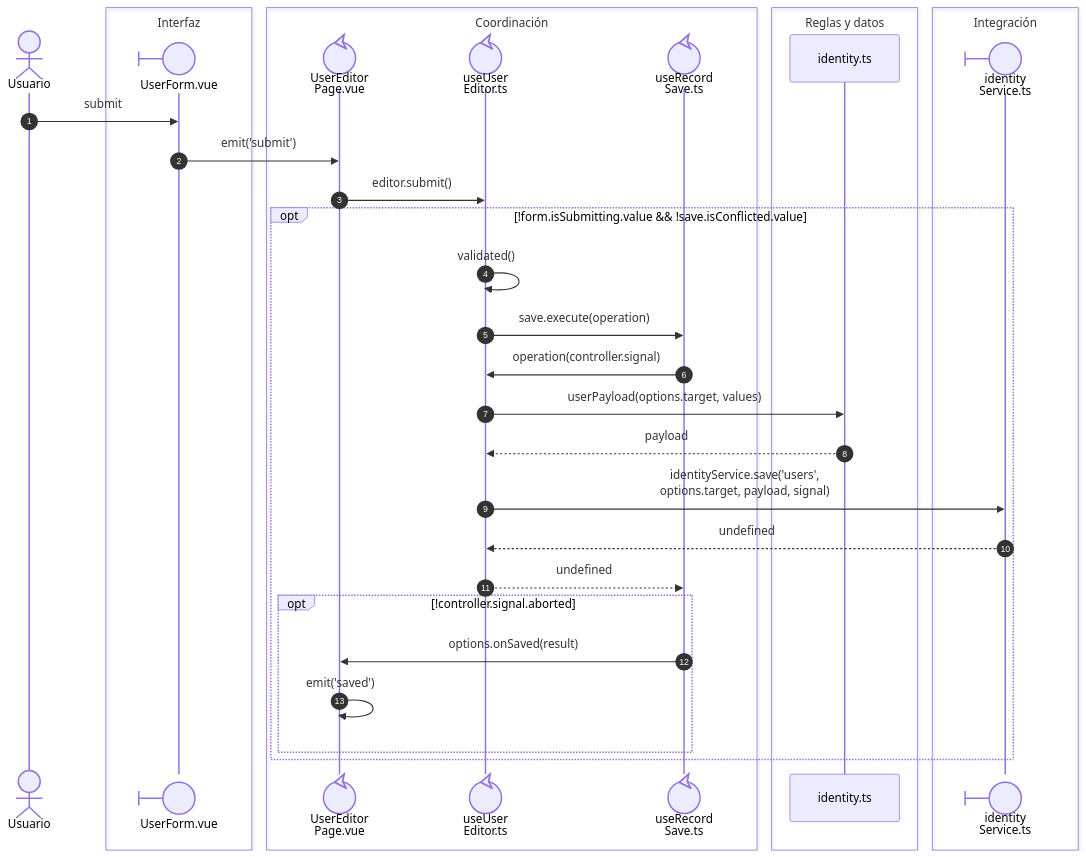
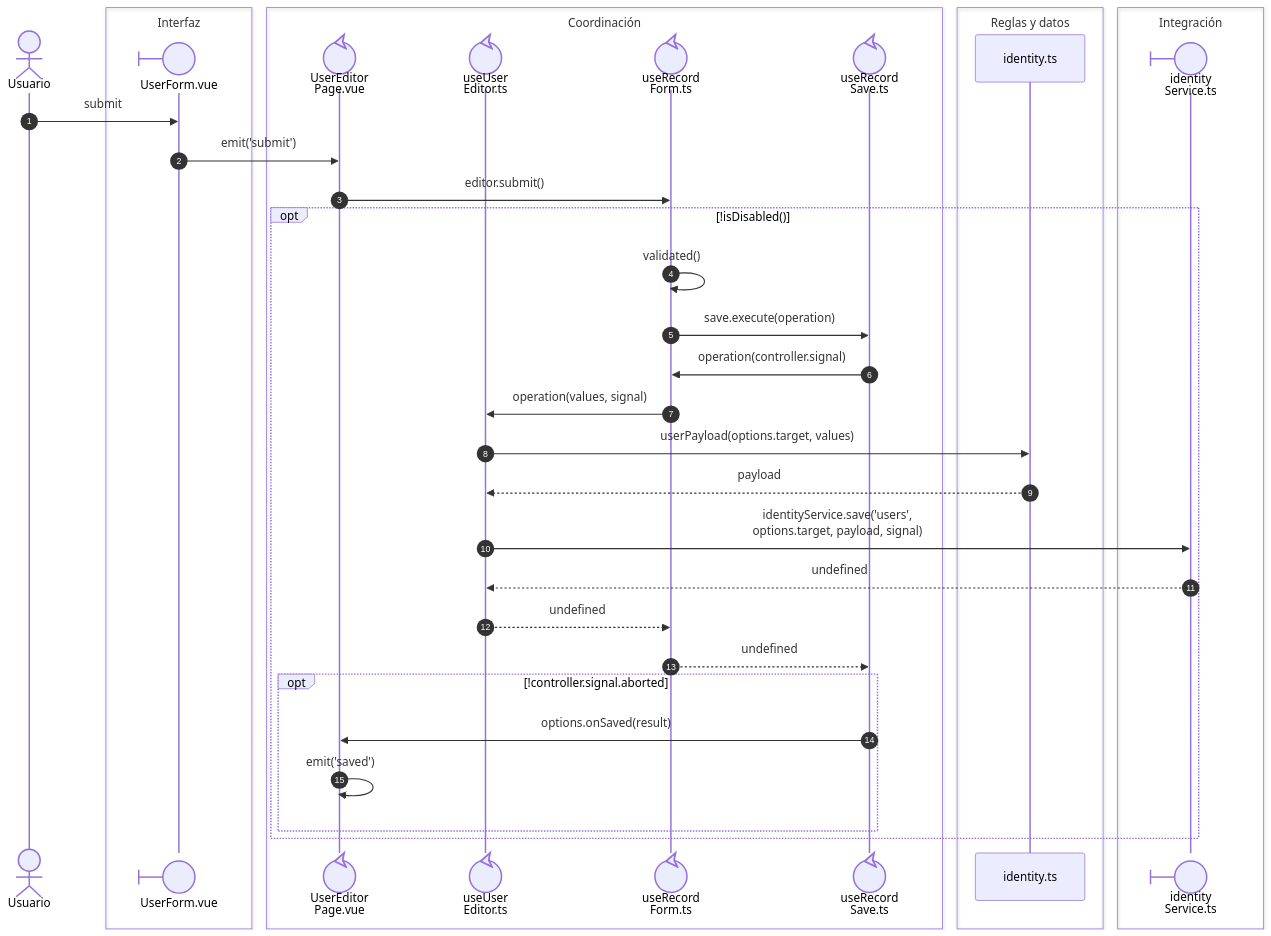
The diagram in front/docs/architecture/views/processes/04-identity/02-user-account.md (gpgsistemas01/nexus), drawn with Mermaid before and after one commit. The commit also changed other lines of this file and 82 other files, not shown here.

````diff
--- a/front/docs/architecture/views/processes/04-identity/02-user-account.md
+++ b/front/docs/architecture/views/processes/04-identity/02-user-account.md
@@ -9,36 +9,39 @@
 ```mermaid
 sequenceDiagram
     autonumber
     actor U as Usuario
     box Interfaz
     participant Form@{ "type": "boundary" } as UserForm.vue
     end
     box Coordinación
     participant Page@{ "type": "control" } as UserEditor<br/>Page.vue
     participant Editor@{ "type": "control" } as useUser<br/>Editor.ts
+    participant Record@{ "type": "control" } as useRecord<br/>Form.ts
     participant Save@{ "type": "control" } as useRecord<br/>Save.ts
     end
     box Reglas y datos
     participant Payload as identity.ts
     end
     box Integración
     participant Service@{ "type": "boundary" } as identity<br/>Service.ts
     end
     U->>Form: nowrap: submit
     Form->>Page: nowrap: emit('submit')
-    Page->>Editor: nowrap: editor.submit()
-    opt nowrap: !form.isSubmitting.value && !save.isConflicted.value
-        Editor->>Editor: nowrap: validated()
-        Editor->>Save: nowrap: save.execute(operation)
-        Save->>Editor: nowrap: operation(controller.signal)
+    Page->>Record: nowrap: editor.submit()
+    opt nowrap: !isDisabled()
+        Record->>Record: nowrap: validated()
+        Record->>Save: nowrap: save.execute(operation)
+        Save->>Record: nowrap: operation(controller.signal)
+        Record->>Editor: nowrap: operation(values, signal)
         Editor->>Payload: nowrap: userPayload(options.target, values)
         Payload-->>Editor: nowrap: payload
         Editor->>Service: nowrap: identityService.save('users',<br/>options.target, payload, signal)
         Service-->>Editor: nowrap: undefined
-        Editor-->>Save: nowrap: undefined
+        Editor-->>Record: nowrap: undefined
+        Record-->>Save: nowrap: undefined
         opt nowrap: !controller.signal.aborted
             Save->>Page: nowrap: options.onSaved(result)
             Page->>Page: nowrap: emit('saved')
         end
     end
 ```
````
